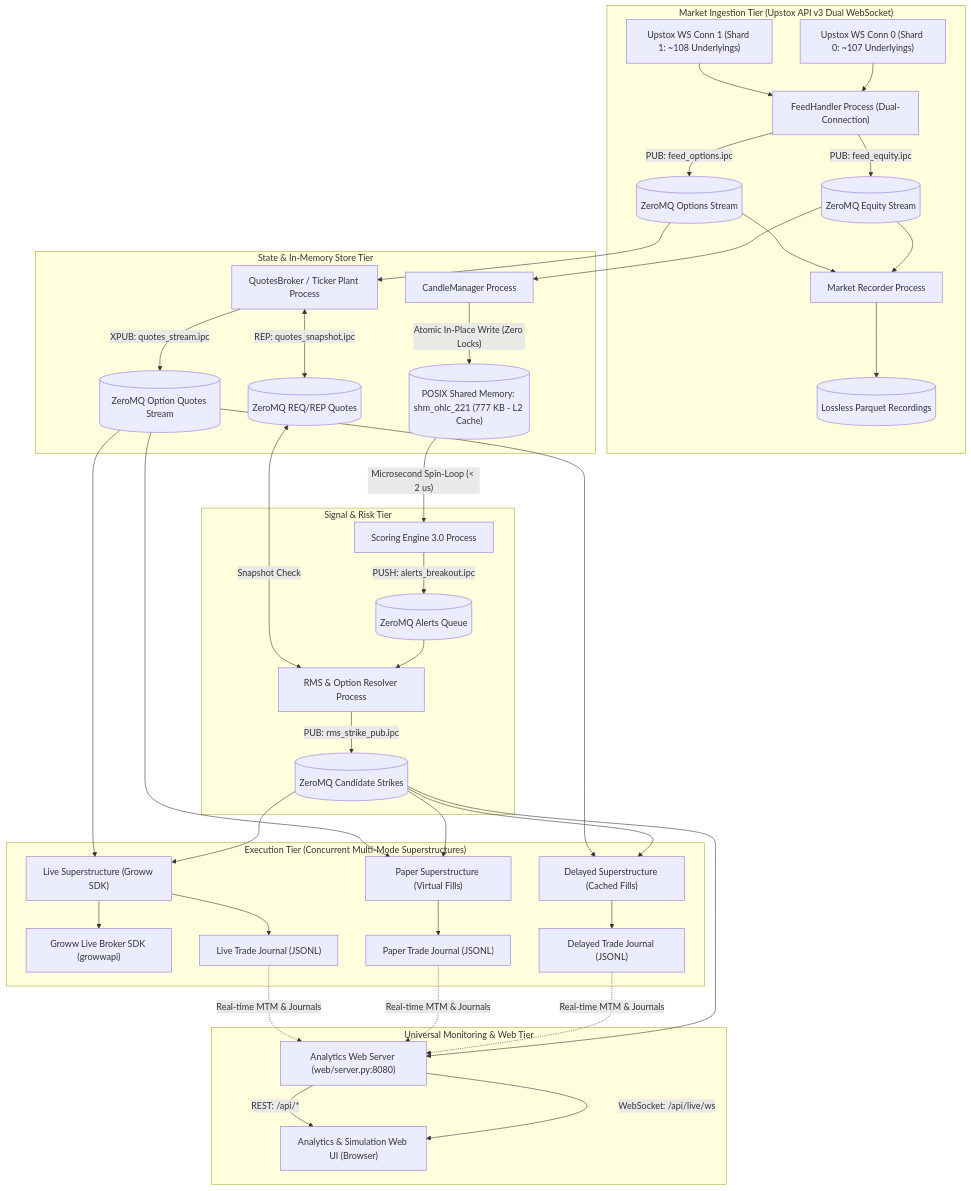
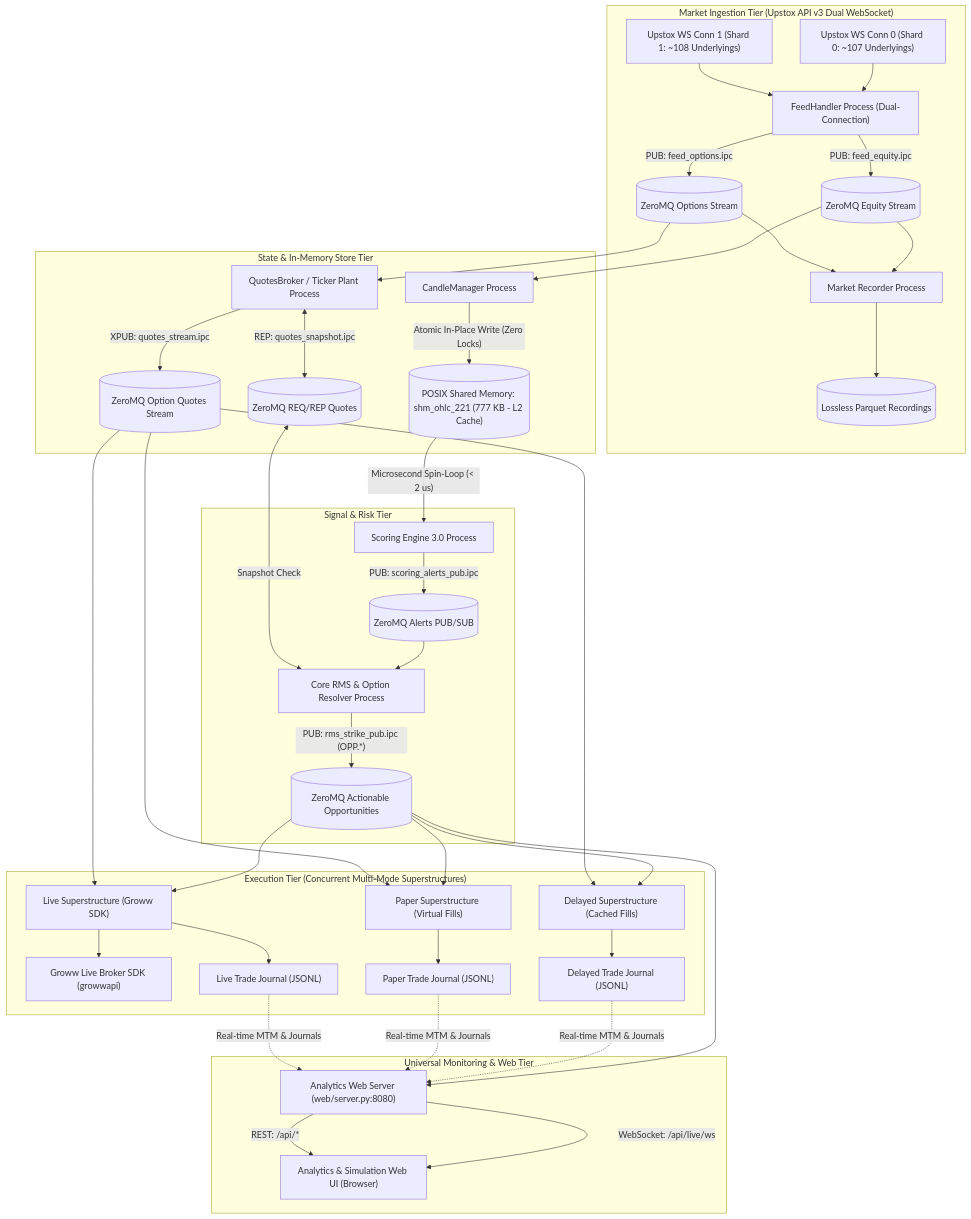
Before and after one commit to greywind7/NSE-options-screener-and-automated-trading-system: the first of 3 diagrams in docs/sys/LOW_LEVEL_DESIGN_2_0.md, drawn with Mermaid. The commit also changed other lines of this file and 24 other files, not shown here.

````diff
--- a/docs/sys/LOW_LEVEL_DESIGN_2_0.md
+++ b/docs/sys/LOW_LEVEL_DESIGN_2_0.md
@@ -16,49 +16,49 @@
 ```mermaid
 flowchart TD
     subgraph MarketIngestion ["Market Ingestion Tier (Upstox API v3 Dual WebSocket)"]
         FeedWS_1["Upstox WS Conn 0 (Shard 0: ~107 Underlyings)"] --> FeedHandler["FeedHandler Process (Dual-Connection)"]
         FeedWS_2["Upstox WS Conn 1 (Shard 1: ~108 Underlyings)"] --> FeedHandler
         FeedHandler -->|"PUB: feed_equity.ipc"| ZMQ_EQ[("ZeroMQ Equity Stream")]
         FeedHandler -->|"PUB: feed_options.ipc"| ZMQ_OPT[("ZeroMQ Options Stream")]
 
         ZMQ_EQ & ZMQ_OPT --> Recorder["Market Recorder Process"]
         Recorder --> RecStore[("Lossless Parquet Recordings")]
     end
 
     subgraph StateStore ["State & In-Memory Store Tier"]
         ZMQ_EQ --> CandleMgr["CandleManager Process"]
         CandleMgr -->|"Atomic In-Place Write (Zero Locks)"| SHM[("POSIX Shared Memory: shm_ohlc_221 (777 KB - L2 Cache)")]
 
         ZMQ_OPT --> QuotesBroker["QuotesBroker / Ticker Plant Process"]
         QuotesBroker -->|"XPUB: quotes_stream.ipc"| ZMQ_QUOTES[("ZeroMQ Option Quotes Stream")]
         QuotesBroker <-->|"REP: quotes_snapshot.ipc"| QuotesSnap[("ZeroMQ REQ/REP Quotes")]
     end
 
     subgraph SignalRisk ["Signal & Risk Tier"]
         SHM -->|"Microsecond Spin-Loop (< 2 us)"| ScoringEng["Scoring Engine 3.0 Process"]
-        ScoringEng -->|"PUSH: alerts_breakout.ipc"| ZMQ_ALERTS[("ZeroMQ Alerts Queue")]
+        ScoringEng -->|"PUB: scoring_alerts_pub.ipc"| ZMQ_ALERTS[("ZeroMQ Alerts PUB/SUB")]
 
-        ZMQ_ALERTS --> RMS["RMS & Option Resolver Process"]
+        ZMQ_ALERTS --> RMS["Core RMS & Option Resolver Process"]
         QuotesSnap <-->|"Snapshot Check"| RMS
-        RMS -->|"PUB: rms_strike_pub.ipc"| ZMQ_RMS[("ZeroMQ Candidate Strikes")]
+        RMS -->|"PUB: rms_strike_pub.ipc (OPP.*)"| ZMQ_RMS[("ZeroMQ Actionable Opportunities")]
     end
 
     subgraph ExecTier ["Execution Tier (Concurrent Multi-Mode Superstructures)"]
         ZMQ_RMS --> SuperLive["Live Superstructure (Groww SDK)"]
         ZMQ_RMS --> SuperPaper["Paper Superstructure (Virtual Fills)"]
         ZMQ_RMS --> SuperDelayed["Delayed Superstructure (Cached Fills)"]
 
         ZMQ_QUOTES --> SuperLive & SuperPaper & SuperDelayed
         SuperLive --> GrowwSDK["Groww Live Broker SDK (growwapi)"]
         SuperDelayed --> DelayedLog["Delayed Trade Journal (JSONL)"]
         SuperPaper --> PaperLog["Paper Trade Journal (JSONL)"]
         SuperLive --> LiveLog["Live Trade Journal (JSONL)"]
     end
 
     subgraph MonitoringTier ["Universal Monitoring & Web Tier"]
         ZMQ_RMS --> WebServer["Analytics Web Server (web/server.py:8080)"]
         DelayedLog & PaperLog & LiveLog -.->|"Real-time MTM & Journals"| WebServer
         WebServer -->|"WebSocket: /api/live/ws"| WebUI["Analytics & Simulation Web UI (Browser)"]
         WebServer -->|"REST: /api/*"| WebUI
     end
 ```
````
